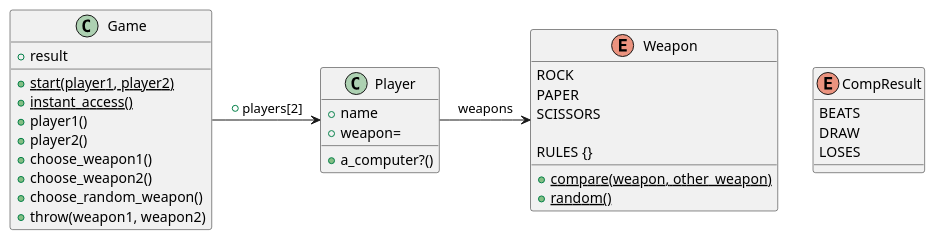
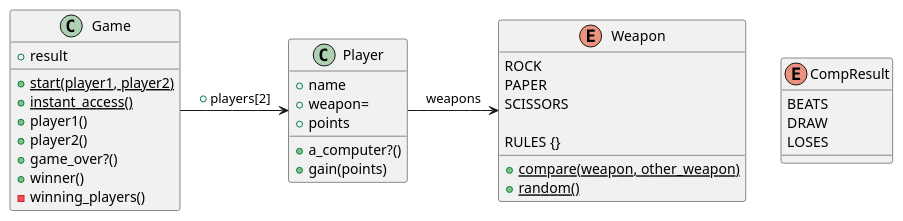
The diagram in diagram.puml (meta-morpho-sys/rps-challenge), drawn with PlantUML before and after one commit. The commit also changed 4 other files, not shown here.

```diff
--- a/diagram.puml
+++ b/diagram.puml
@@ -1,40 +1,42 @@
 @startuml
 
 class Player {
     +name
     +weapon=
+    +points
     +a_computer?()
+    +gain(points)
 }
 
 enum CompResult {
     BEATS
     DRAW
     LOSES
 }
 
 enum Weapon {
     ROCK
     PAPER
     SCISSORS
 
     RULES {}
+
     +{static} compare(weapon, other_weapon)
     +{static} random()
 }
 
 class Game {
     +result
     +{static} start(player1, player2)
     +{static} instant_access()
     +player1()
     +player2()
-    +choose_weapon1()
-    +choose_weapon2()
-    +choose_random_weapon()
-    +throw(weapon1, weapon2)
+    +game_over?()
+    +winner()
+    -winning_players()
 }
 
 Game -> Player : +players[2]
 Player -> Weapon : weapons
 
 @enduml
```
